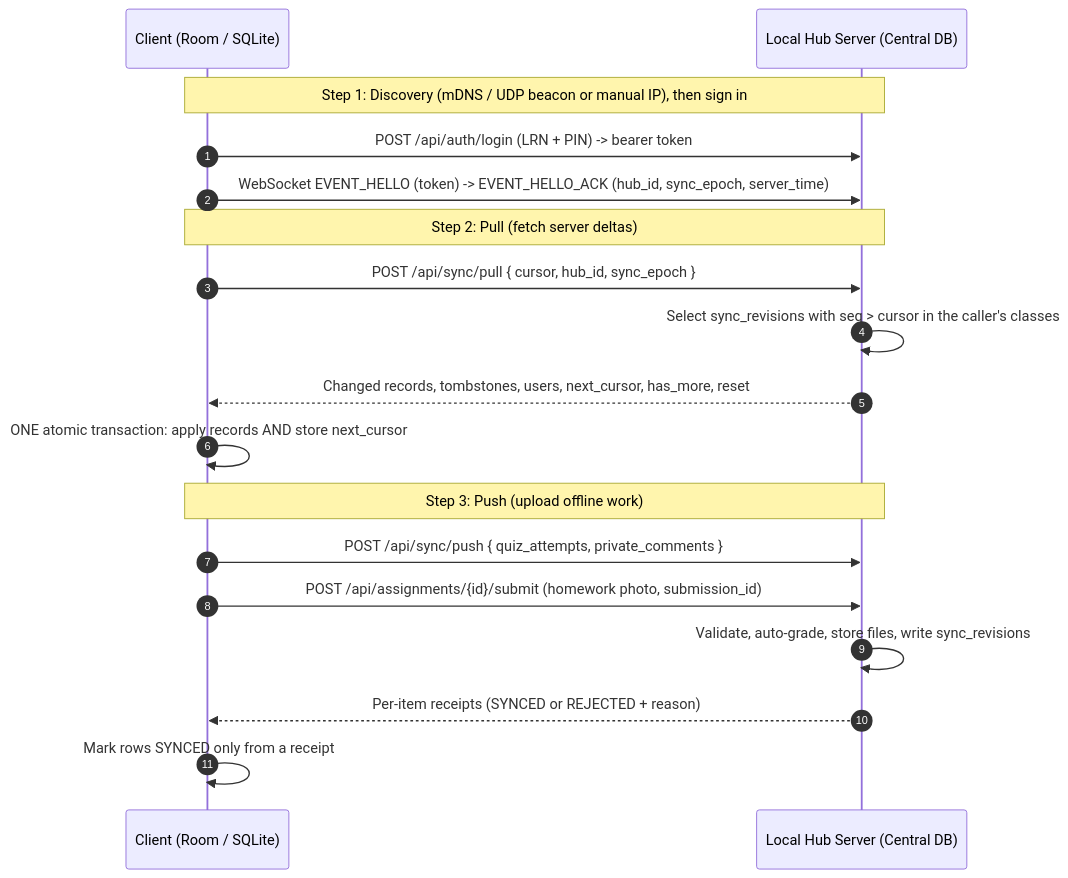
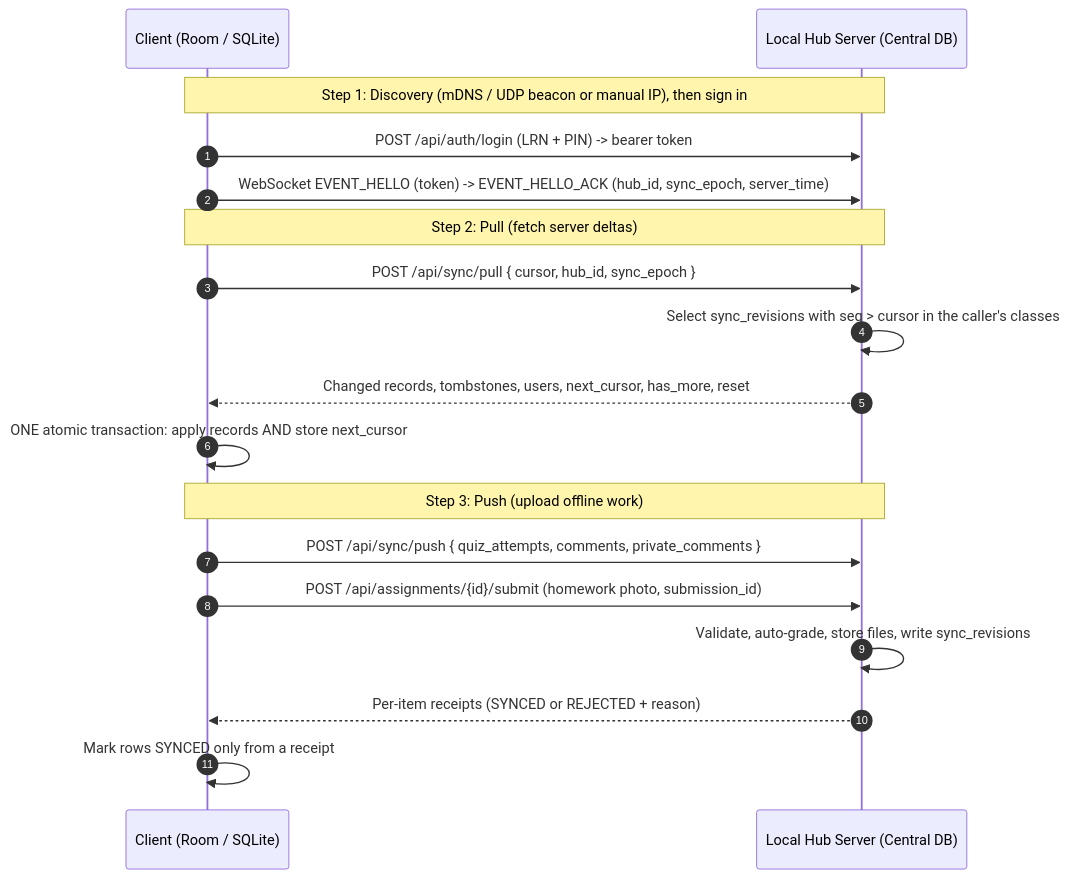
Before and after one commit to BootlegYouki/L.A.R.A: the fifth of 5 diagrams in docs/PRD.md, drawn with Mermaid. The commit also changed other lines of this file and 9 other files, not shown here.

````diff
--- a/docs/PRD.md
+++ b/docs/PRD.md
@@ -314,23 +315,23 @@
 ```mermaid
 sequenceDiagram
  autonumber
  participant App as Client (Room / SQLite)
  participant Hub as Local Hub Server (Central DB)
 
  Note over App,Hub: Step 1: Discovery (mDNS / UDP beacon or manual IP), then sign in
  App->>Hub: POST /api/auth/login (LRN + PIN) -> bearer token
  App->>Hub: WebSocket EVENT_HELLO (token) -> EVENT_HELLO_ACK (hub_id, sync_epoch, server_time)
 
  Note over App,Hub: Step 2: Pull (fetch server deltas)
  App->>Hub: POST /api/sync/pull { cursor, hub_id, sync_epoch }
  Hub->>Hub: Select sync_revisions with seq > cursor in the caller's classes
  Hub-->>App: Changed records, tombstones, users, next_cursor, has_more, reset
  App->>App: ONE atomic transaction: apply records AND store next_cursor
 
  Note over App,Hub: Step 3: Push (upload offline work)
- App->>Hub: POST /api/sync/push { quiz_attempts, private_comments }
+ App->>Hub: POST /api/sync/push { quiz_attempts, comments, private_comments }
  App->>Hub: POST /api/assignments/{id}/submit (homework photo, submission_id)
  Hub->>Hub: Validate, auto-grade, store files, write sync_revisions
  Hub-->>App: Per-item receipts (SYNCED or REJECTED + reason)
  App->>App: Mark rows SYNCED only from a receipt
 ```
````
